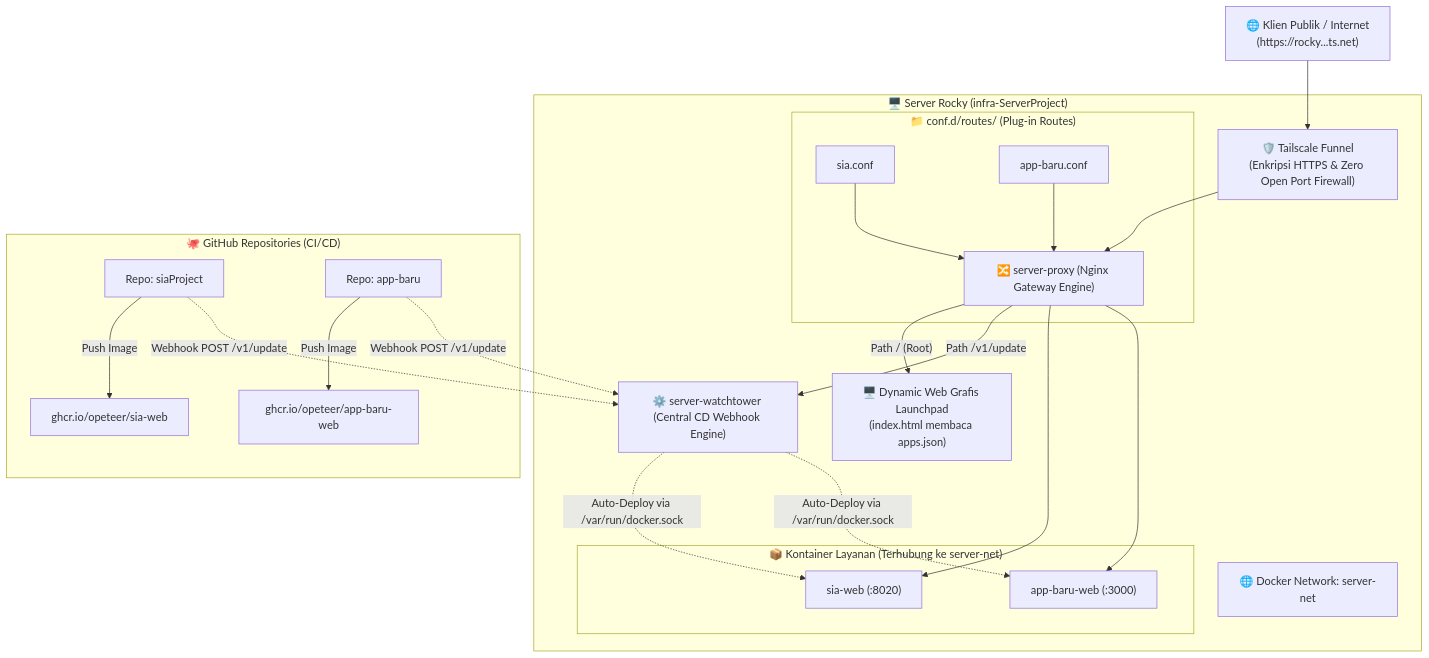
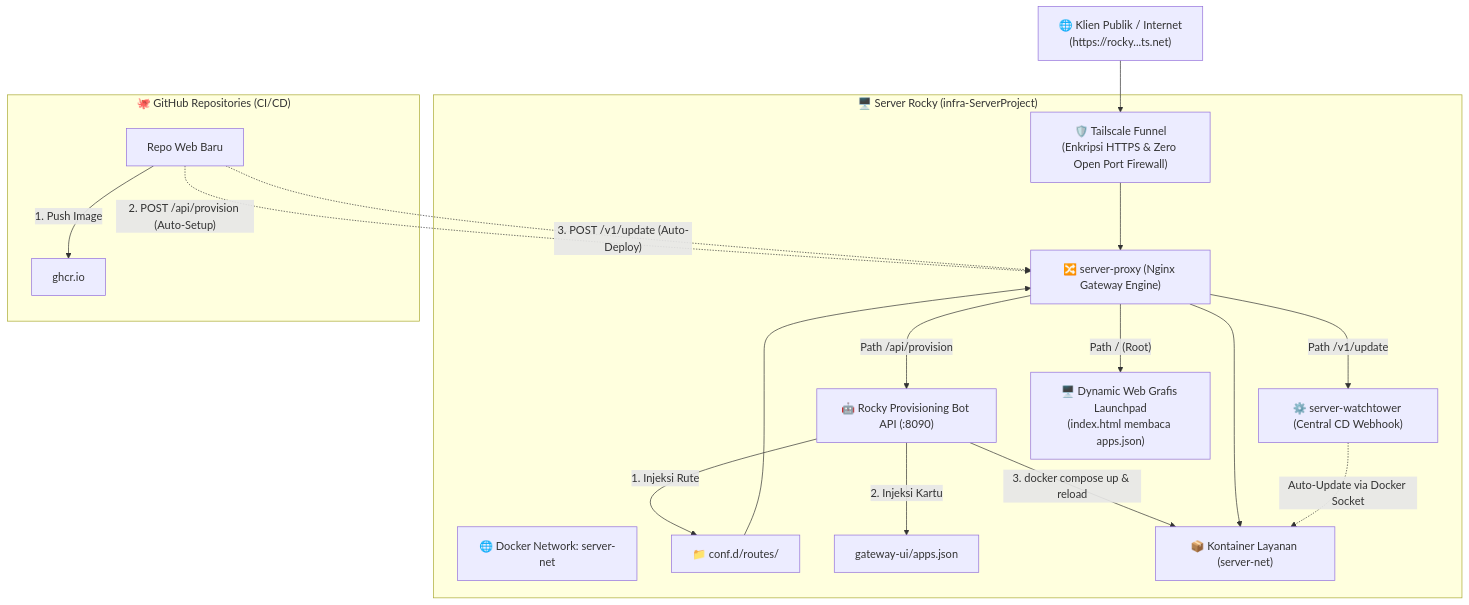
Before and after one commit to opeteer/infra-ServerProject: the first of 2 diagrams in README.md, drawn with Mermaid. The commit also changed other lines of this file, not shown here.

Commit message:
docs(readme): polish onboarding methods with Zero-Touch Bot as primary and manual CLI as fallback

````diff
--- a/README.md
+++ b/README.md
@@ -13,36 +13,29 @@
 ```mermaid
 flowchart TD
     Client["🌐 Klien Publik / Internet<br/>(https://rocky...ts.net)"] --> TS["🛡️ Tailscale Funnel<br/>(Enkripsi HTTPS & Zero Open Port Firewall)"]
     
     subgraph HostServer["🖥️ Server Rocky (infra-ServerProject)"]
         TS --> Proxy["🔀 server-proxy (Nginx Gateway Engine)"]
-        WT["⚙️ server-watchtower (Central CD Webhook Engine)"]
+        WT["⚙️ server-watchtower (Central CD Webhook)"]
+        Bot["🤖 Rocky Provisioning Bot API (:8090)"]
         Net["🌐 Docker Network: server-net"]
         
         Proxy -->|"Path / (Root)"| WebGrafis["🖥️ Dynamic Web Grafis Launchpad<br/>(index.html membaca apps.json)"]
         Proxy -->|"Path /v1/update"| WT
+        Proxy -->|"Path /api/provision"| Bot
         
-        subgraph ModularRoutes["📁 conf.d/routes/ (Plug-in Routes)"]
-            R_SIA["sia.conf"] --> Proxy
-            R_NEW["app-baru.conf"] --> Proxy
-        end
+        Bot -->|"1. Injeksi Rute"| ModularRoutes["📁 conf.d/routes/"]
+        Bot -->|"2. Injeksi Kartu"| AppsJSON["gateway-ui/apps.json"]
+        Bot -->|"3. docker compose up & reload"| Containers["📦 Kontainer Layanan (server-net)"]
         
-        subgraph Containers["📦 Kontainer Layanan (Terhubung ke server-net)"]
-            SIA["sia-web (:8020)"]
-            NEW["app-baru-web (:3000)"]
-        end
-        
-        Proxy --> SIA
-        Proxy --> NEW
-        WT -.->|"Auto-Deploy via /var/run/docker.sock"| SIA
-        WT -.->|"Auto-Deploy via /var/run/docker.sock"| NEW
+        ModularRoutes --> Proxy
+        Proxy --> Containers
+        WT -.->|"Auto-Update via Docker Socket"| Containers
     end
 
     subgraph GitHubEcosystem["🐙 GitHub Repositories (CI/CD)"]
-        RepoSIA["Repo: siaProject"] -->|"Push Image"| GHCR1["ghcr.io/opeteer/sia-web"]
-        RepoNEW["Repo: app-baru"] -->|"Push Image"| GHCR2["ghcr.io/opeteer/app-baru-web"]
-        
-        RepoSIA -.->|"Webhook POST /v1/update"| WT
-        RepoNEW -.->|"Webhook POST /v1/update"| WT
+        Repo["Repo Web Baru"] -->|"1. Push Image"| GHCR["ghcr.io"]
+        Repo -.->|"2. POST /api/provision (Auto-Setup)"| Proxy
+        Repo -.->|"3. POST /v1/update (Auto-Deploy)"| Proxy
     end
 ```
````
